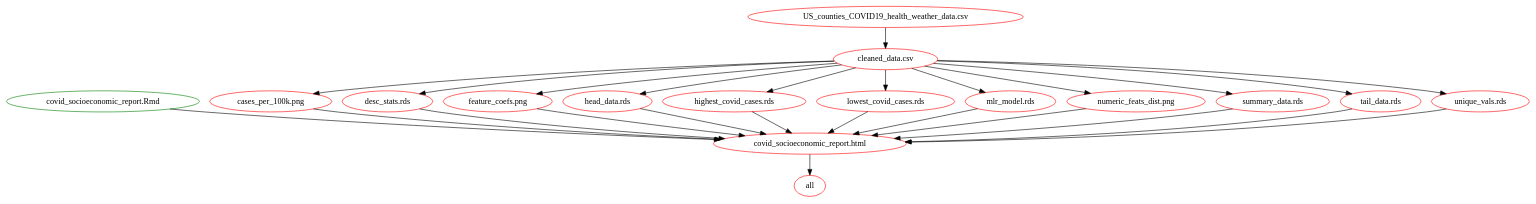
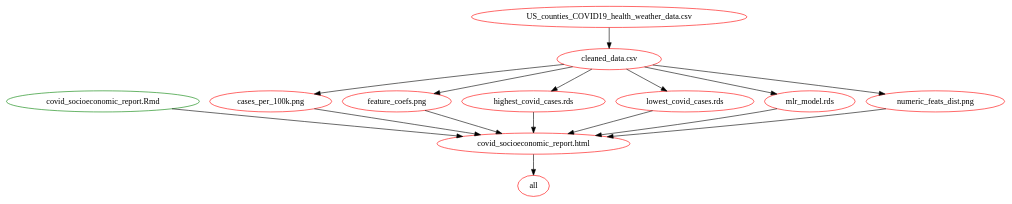
The diagram in Makefile-basename.dot (morganrosenberg50/DSCI_522_US_social_determinants_of_health_by_county), drawn with Graphviz before and after one commit. The commit also changed 4 other files, not shown here.

Commit message:
Update Makefile dependency diagram after removing unused figures and tables

```diff
--- a/Makefile-basename.dot
+++ b/Makefile-basename.dot
@@ -1,43 +1,28 @@
 digraph G {
 n2[label="all", color="red"];
 n6[label="cleaned_data.csv", color="red"];
 n7[label="US_counties_COVID19_health_weather_data.csv", color="red"];
 n4[label="covid_socioeconomic_report.Rmd", color="green"];
 n3[label="covid_socioeconomic_report.html", color="red"];
-n15[label="cases_per_100k.png", color="red"];
-n5[label="desc_stats.rds", color="red"];
-n16[label="feature_coefs.png", color="red"];
-n9[label="head_data.rds", color="red"];
-n12[label="highest_covid_cases.rds", color="red"];
-n13[label="lowest_covid_cases.rds", color="red"];
-n17[label="mlr_model.rds", color="red"];
-n14[label="numeric_feats_dist.png", color="red"];
-n8[label="summary_data.rds", color="red"];
-n10[label="tail_data.rds", color="red"];
-n11[label="unique_vals.rds", color="red"];
+n10[label="cases_per_100k.png", color="red"];
+n11[label="feature_coefs.png", color="red"];
+n5[label="highest_covid_cases.rds", color="red"];
+n8[label="lowest_covid_cases.rds", color="red"];
+n12[label="mlr_model.rds", color="red"];
+n9[label="numeric_feats_dist.png", color="red"];
 n3 -> n2 ; 
 n7 -> n6 ; 
 n4 -> n3 ; 
-n15 -> n3 ; 
-n5 -> n3 ; 
-n16 -> n3 ; 
-n9 -> n3 ; 
-n12 -> n3 ; 
-n13 -> n3 ; 
-n17 -> n3 ; 
-n14 -> n3 ; 
-n8 -> n3 ; 
 n10 -> n3 ; 
 n11 -> n3 ; 
-n6 -> n15 ; 
-n6 -> n5 ; 
-n6 -> n16 ; 
-n6 -> n9 ; 
-n6 -> n12 ; 
-n6 -> n13 ; 
-n6 -> n17 ; 
-n6 -> n14 ; 
-n6 -> n8 ; 
+n5 -> n3 ; 
+n8 -> n3 ; 
+n12 -> n3 ; 
+n9 -> n3 ; 
 n6 -> n10 ; 
 n6 -> n11 ; 
+n6 -> n5 ; 
+n6 -> n8 ; 
+n6 -> n12 ; 
+n6 -> n9 ; 
 }
```
